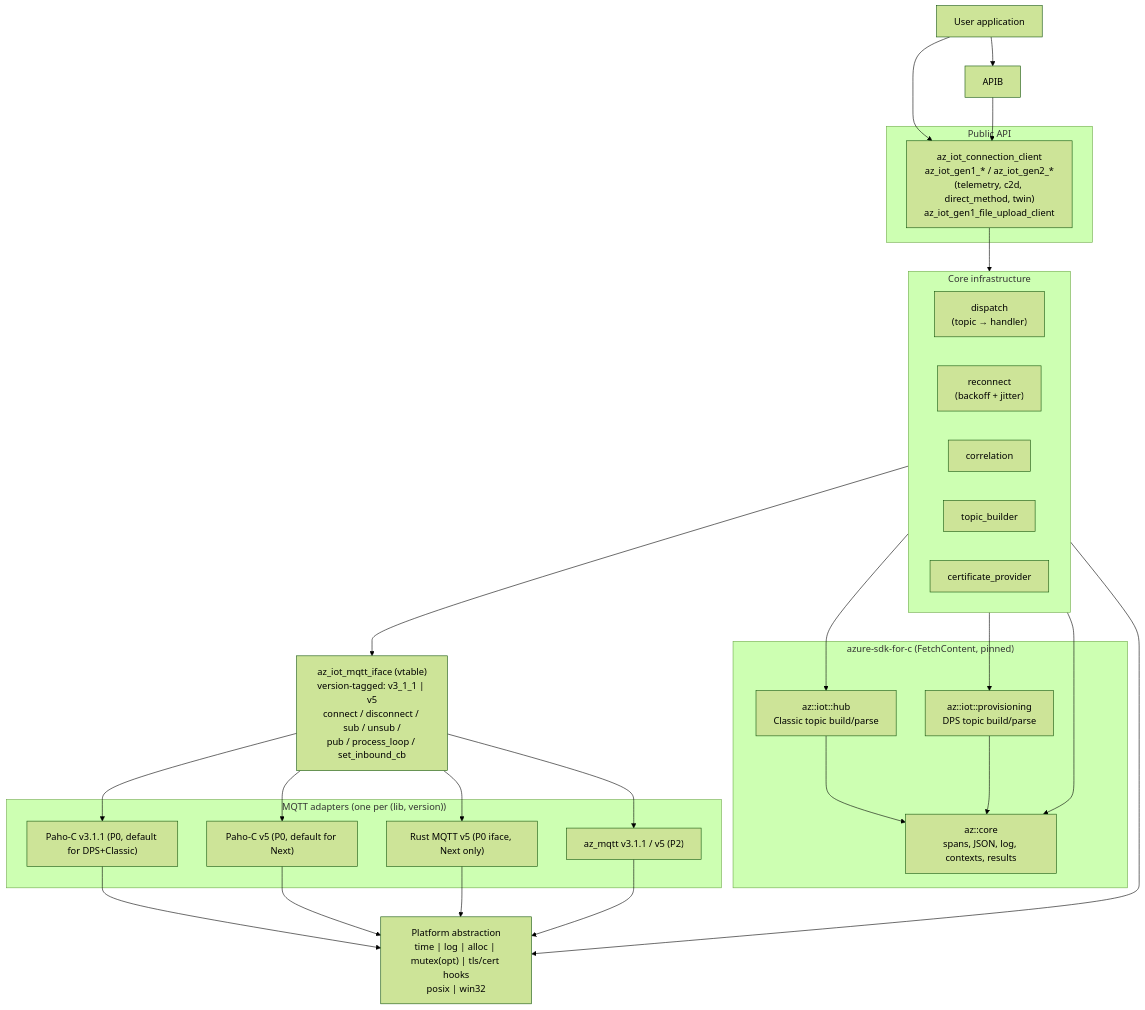
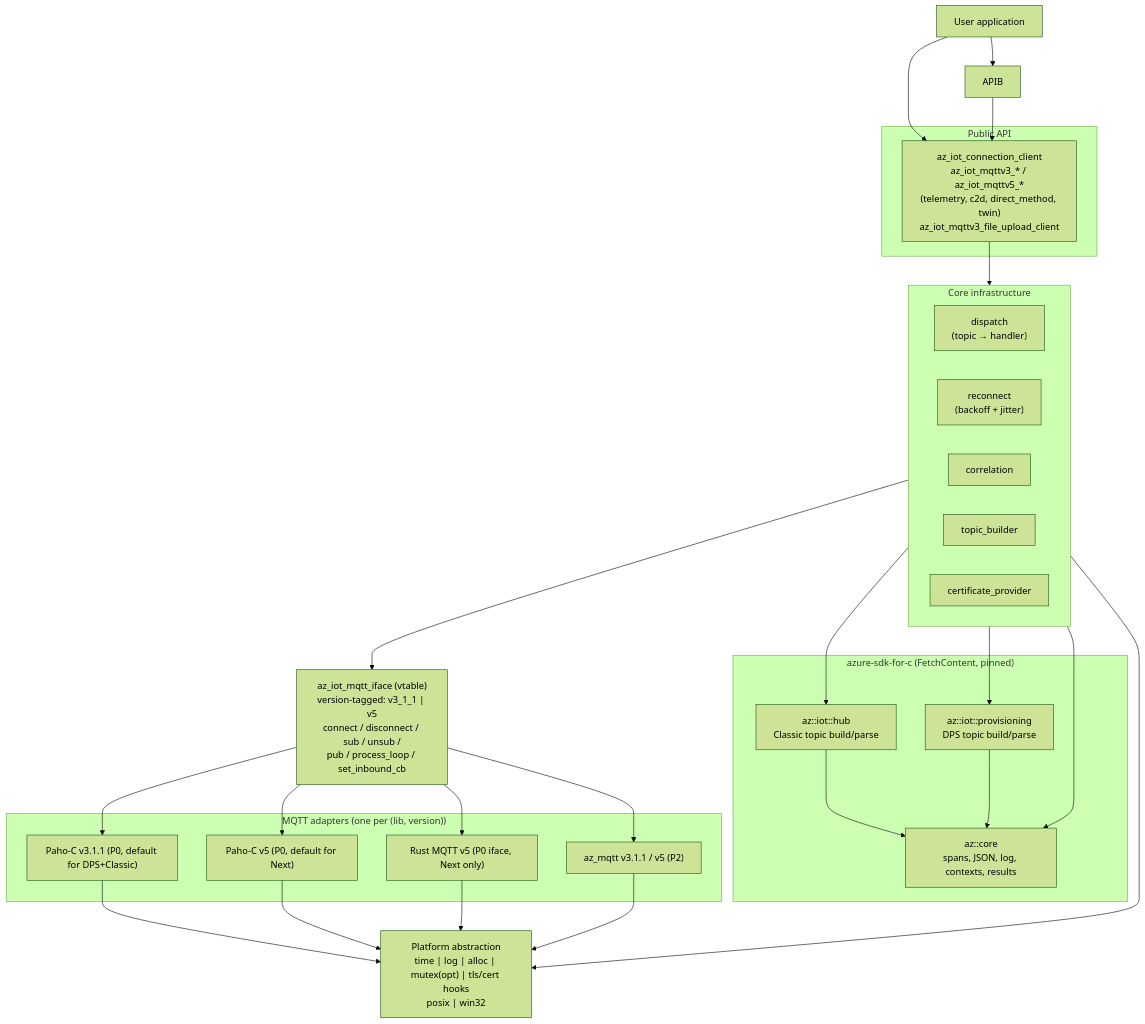
One commit to Azure/azure-iot-sdk changed the first of 4 diagrams in c/docs/design.md. Above: the diagram before and after it, drawn with Mermaid (forest theme). The commit also changed other lines of this file and 118 other files, not shown here.

First line of the commit message:
C: rename gen1/gen2 to mqttv3/mqttv5

````diff
--- a/c/docs/design.md
+++ b/c/docs/design.md
@@ -30,53 +30,53 @@
 ```mermaid
 flowchart TB
     APP["User application"]
 
     subgraph PUB["Public API"]
-        APIA["az_iot_connection_client<br/>az_iot_gen1_* / az_iot_gen2_*<br/>(telemetry, c2d, direct_method, twin)<br/>az_iot_gen1_file_upload_client"]
+        APIA["az_iot_connection_client<br/>az_iot_mqttv3_* / az_iot_mqttv5_*<br/>(telemetry, c2d, direct_method, twin)<br/>az_iot_mqttv3_file_upload_client"]
     end
 
     subgraph CORE["Core infrastructure"]
         DISPATCH["dispatch<br/>(topic → handler)"]
         RECONNECT["reconnect<br/>(backoff + jitter)"]
         CORR["correlation"]
         TOPIC["topic_builder"]
         CERT["certificate_provider"]
     end
 
     subgraph AZSDK["azure-sdk-for-c (FetchContent, pinned)"]
         AZCORE["az::core<br/>spans, JSON, log, contexts, results"]
         AZHUB["az::iot::hub<br/>Classic topic build/parse"]
         AZDPS["az::iot::provisioning<br/>DPS topic build/parse"]
     end
 
     IFACE["az_iot_mqtt_iface (vtable)<br/>version-tagged: v3_1_1 | v5<br/>connect / disconnect / sub / unsub /<br/>pub / process_loop / set_inbound_cb"]
 
     subgraph ADAPT["MQTT adapters (one per (lib, version))"]
         PAHO3["Paho-C v3.1.1 (P0, default for DPS+Classic)"]
         PAHO5["Paho-C v5 (P0, default for Next)"]
         RUST5["Rust MQTT v5 (P0 iface, Next only)"]
         AZMQTT["az_mqtt v3.1.1 / v5 (P2)"]
     end
 
     PLAT["Platform abstraction<br/>time | log | alloc | mutex(opt) | tls/cert hooks<br/>posix | win32"]
 
     APP --> APIB
     APP --> APIA
     APIB --> APIA
     APIA --> CORE
     CORE --> AZCORE
     CORE --> AZHUB
     CORE --> AZDPS
     AZHUB --> AZCORE
     AZDPS --> AZCORE
     CORE --> IFACE
     IFACE --> PAHO3
     IFACE --> PAHO5
     IFACE --> RUST5
     IFACE --> AZMQTT
     PAHO3 --> PLAT
     PAHO5 --> PLAT
     RUST5 --> PLAT
     AZMQTT --> PLAT
     CORE --> PLAT
 ```
````
